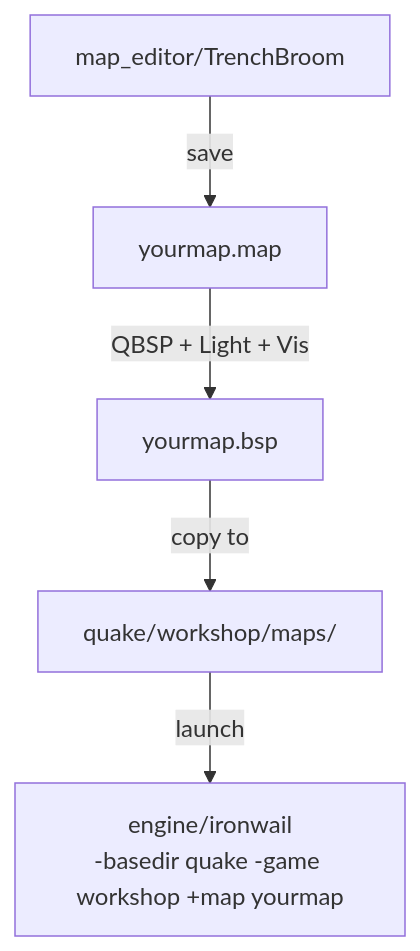
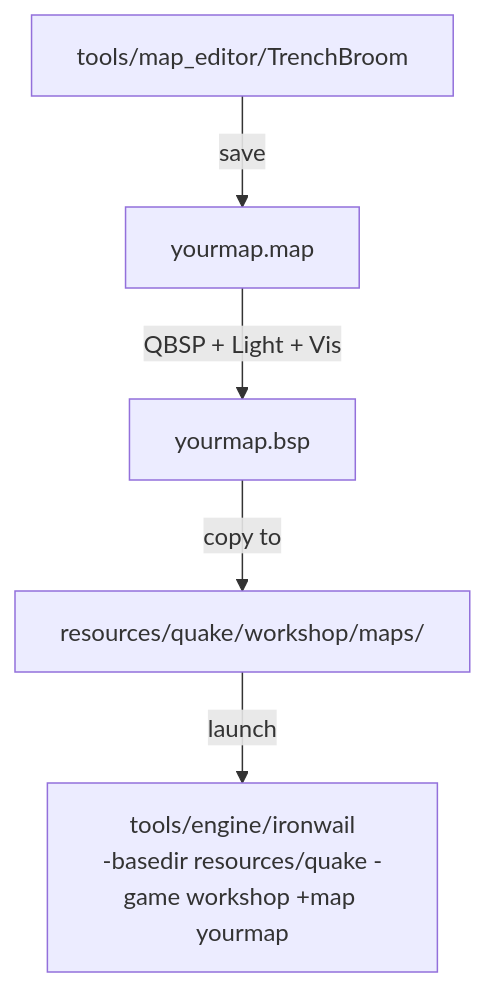
Before and after one commit to etna-alternance/workshop-vrg: the diagram in guides/presentation/README.md, drawn with Mermaid. The commit also changed other lines of this file and 6 other files, not shown here.

Commit message:
fix: update prerequisites and guide paths for tools/ and resources/ restructure

````diff
--- a/guides/presentation/README.md
+++ b/guides/presentation/README.md
@@ -18,7 +18,7 @@
 ```mermaid
 flowchart TD
-    A["map_editor/TrenchBroom"] -->|save| B["yourmap.map"]
+    A["tools/map_editor/TrenchBroom"] -->|save| B["yourmap.map"]
     B -->|QBSP + Light + Vis| C["yourmap.bsp"]
-    C -->|copy to| D["quake/workshop/maps/"]
-    D -->|launch| E["engine/ironwail<br/>-basedir quake -game workshop +map yourmap"]
+    C -->|copy to| D["resources/quake/workshop/maps/"]
+    D -->|launch| E["tools/engine/ironwail<br/>-basedir resources/quake -game workshop +map yourmap"]
 ```
````
